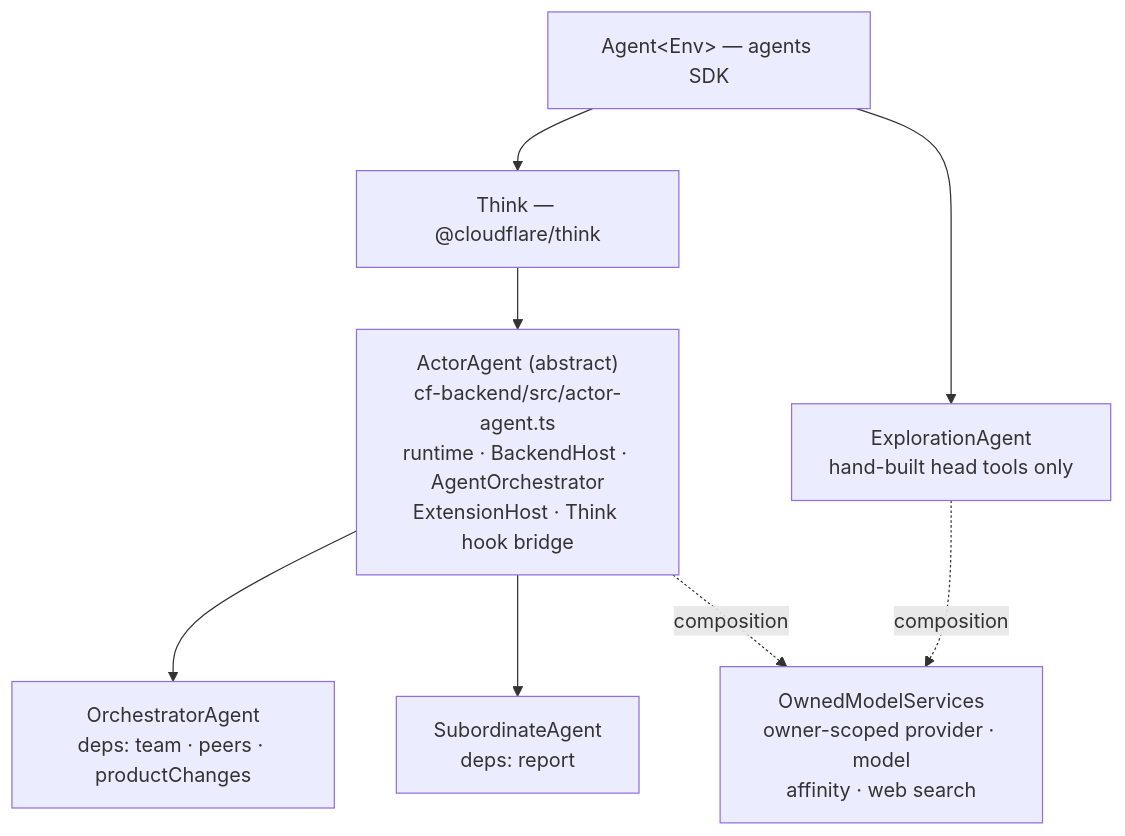
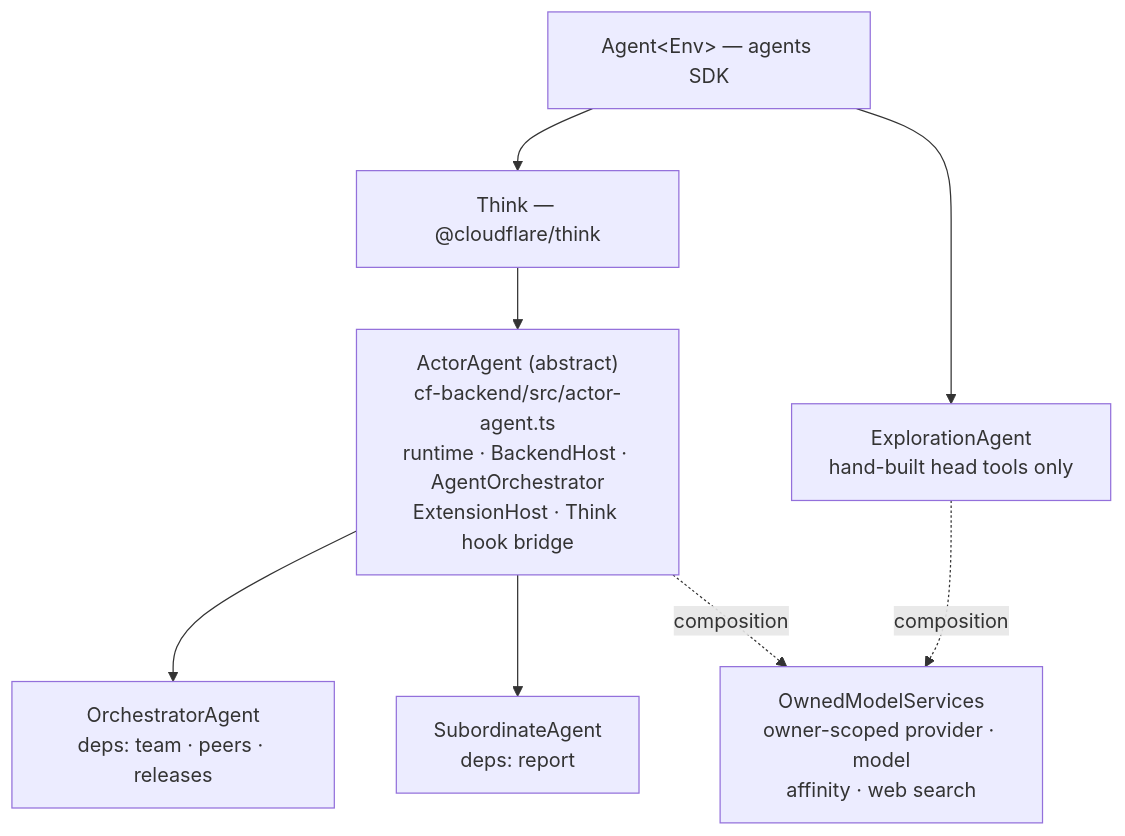
One commit to AshishKumar4/Proteus changed the second of 5 diagrams in docs/ARCHITECTURE.md. Above: the diagram before and after it, drawn with Mermaid. The commit also changed other lines of this file and 84 other files, not shown here.

````diff
--- a/docs/ARCHITECTURE.md
+++ b/docs/ARCHITECTURE.md
@@ -59,17 +59,17 @@
 ```mermaid
 graph TB
     A["Agent&lt;Env&gt; — agents SDK"]
     T["Think — @cloudflare/think"]
     AA["ActorAgent (abstract)<br/>cf-backend/src/actor-agent.ts<br/>runtime · BackendHost · AgentOrchestrator<br/>ExtensionHost · Think hook bridge"]
-    O["OrchestratorAgent<br/>deps: team · peers · productChanges"]
+    O["OrchestratorAgent<br/>deps: team · peers · releases"]
     S["SubordinateAgent<br/>deps: report"]
     E["ExplorationAgent<br/>hand-built head tools only"]
     OMS["OwnedModelServices<br/>owner-scoped provider · model<br/>affinity · web search"]
 
     A --> T --> AA
     AA --> O
     AA --> S
     A --> E
     AA -.->|composition| OMS
     E -.->|composition| OMS
 ```
````
